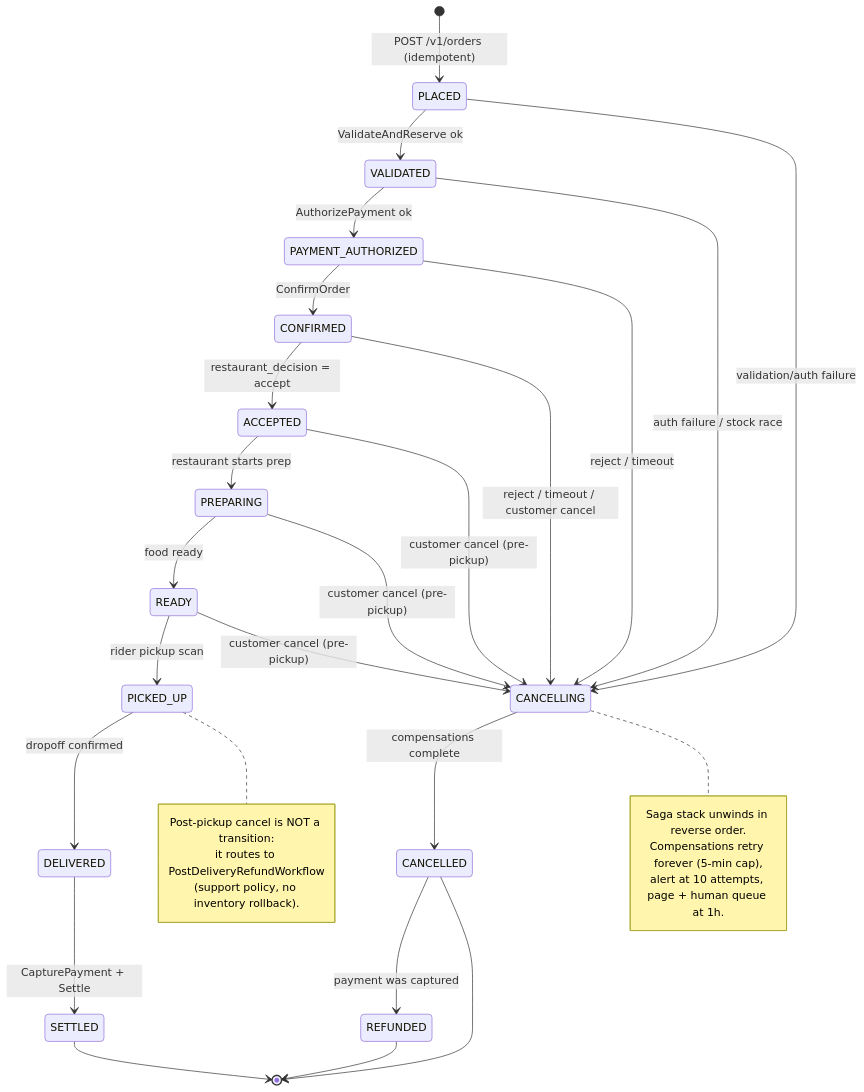
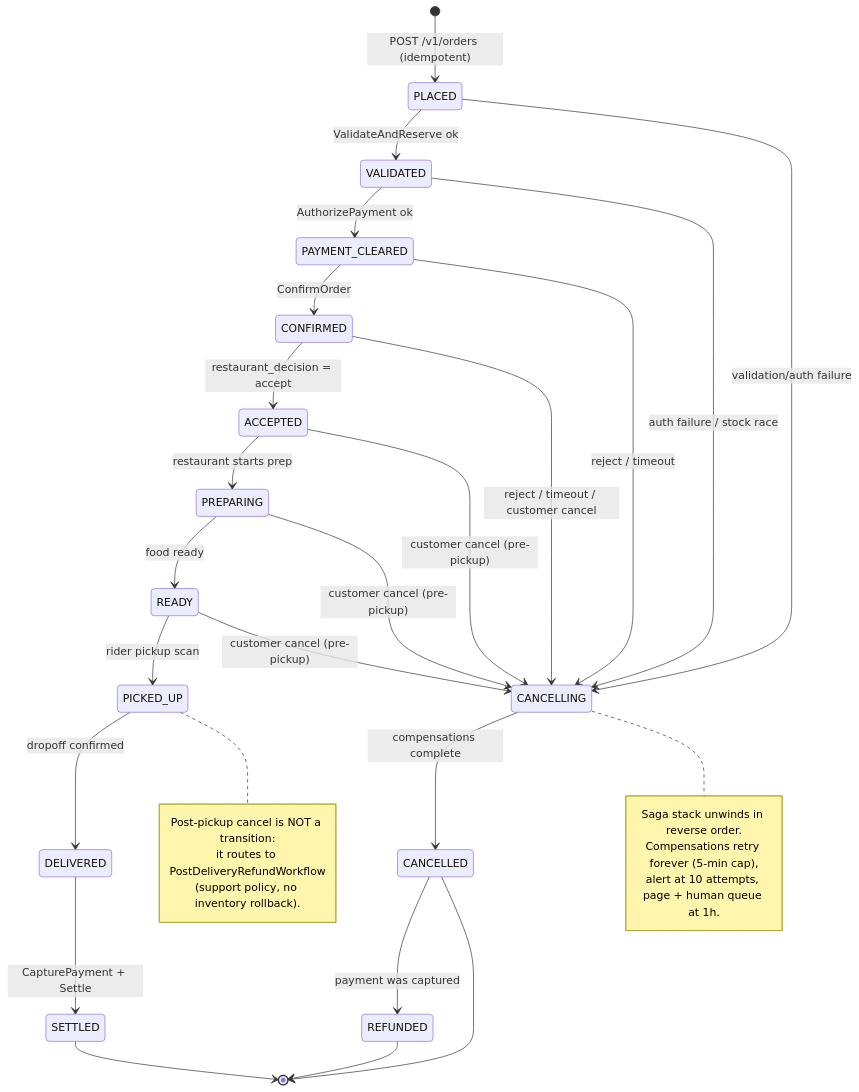
One commit to Aizazahmed-7/SmartFoodOps changed the fourth of 6 diagrams in docs/ARCHITECTURE.md. Above: the diagram before and after it, drawn with Mermaid. The commit also changed other lines of this file and 25 other files, not shown here.

````diff
--- a/docs/ARCHITECTURE.md
+++ b/docs/ARCHITECTURE.md
@@ -245,37 +251,37 @@
 ```mermaid
 stateDiagram-v2
   [*] --> PLACED: POST /v1/orders (idempotent)
   PLACED --> VALIDATED: ValidateAndReserve ok
-  VALIDATED --> PAYMENT_AUTHORIZED: AuthorizePayment ok
-  PAYMENT_AUTHORIZED --> CONFIRMED: ConfirmOrder
+  VALIDATED --> PAYMENT_CLEARED: AuthorizePayment ok
+  PAYMENT_CLEARED --> CONFIRMED: ConfirmOrder
   CONFIRMED --> ACCEPTED: restaurant_decision = accept
   ACCEPTED --> PREPARING: restaurant starts prep
   PREPARING --> READY: food ready
   READY --> PICKED_UP: rider pickup scan
   PICKED_UP --> DELIVERED: dropoff confirmed
   DELIVERED --> SETTLED: CapturePayment + Settle
   SETTLED --> [*]
 
   PLACED --> CANCELLING: validation/auth failure
   VALIDATED --> CANCELLING: auth failure / stock race
-  PAYMENT_AUTHORIZED --> CANCELLING: reject / timeout
+  PAYMENT_CLEARED --> CANCELLING: reject / timeout
   CONFIRMED --> CANCELLING: reject / timeout / customer cancel
   ACCEPTED --> CANCELLING: customer cancel (pre-pickup)
   PREPARING --> CANCELLING: customer cancel (pre-pickup)
   READY --> CANCELLING: customer cancel (pre-pickup)
   CANCELLING --> CANCELLED: compensations complete
   CANCELLED --> REFUNDED: payment was captured
   CANCELLED --> [*]
   REFUNDED --> [*]
 
   note right of CANCELLING
     Saga stack unwinds in reverse order.
     Compensations retry forever (5-min cap),
     alert at 10 attempts, page + human queue at 1h.
   end note
   note right of PICKED_UP
     Post-pickup cancel is NOT a transition:
     it routes to PostDeliveryRefundWorkflow
     (support policy, no inventory rollback).
   end note
 ```
````
